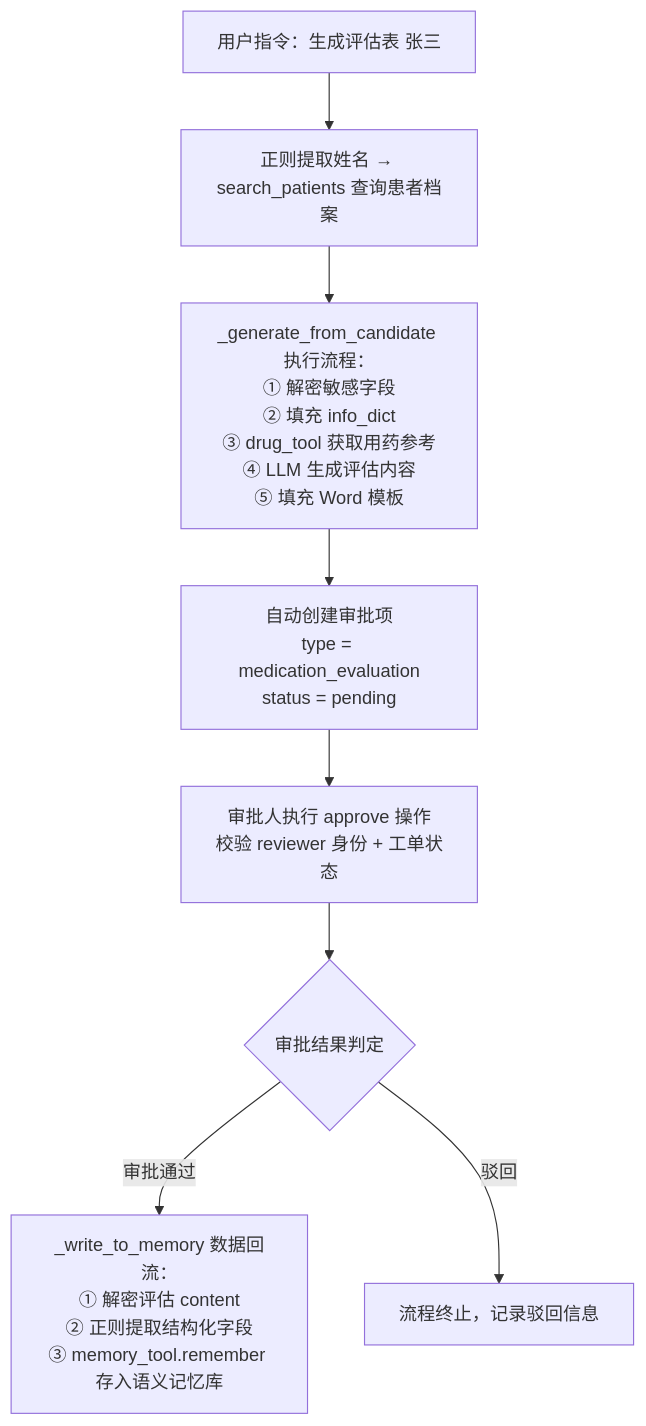
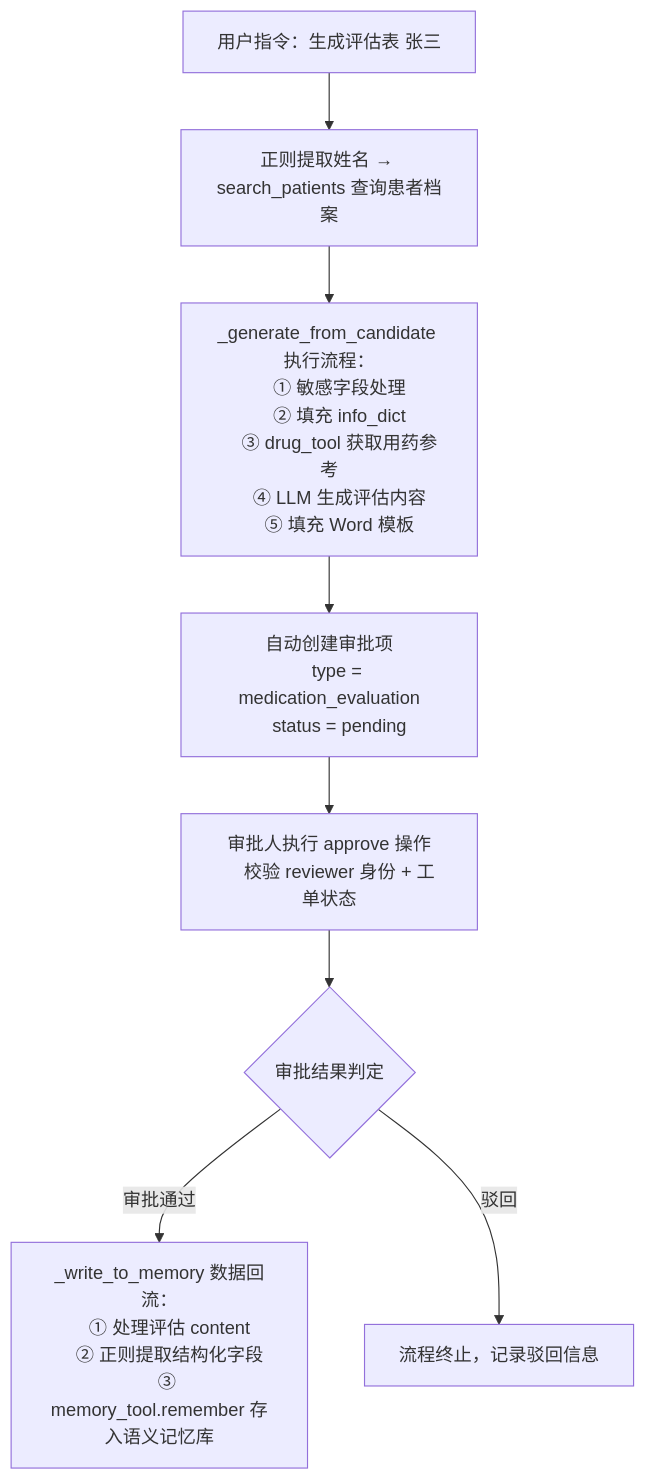
One commit to Dillon-Xue/med_agent_v1 changed the third of 5 diagrams in README.md. Above: the diagram before and after it, drawn with Mermaid. The commit also changed other lines of this file, not shown here.

````diff
--- a/README.md
+++ b/README.md
@@ -261,10 +310,21 @@
 ```mermaid
 flowchart TD
     A["用户指令：生成评估表 张三"] --> B["正则提取姓名 → search_patients 查询患者档案"]
-    B --> C["_generate_from_candidate 执行流程：<br>① 解密敏感字段<br>② 填充 info_dict<br>③ drug_tool 获取用药参考<br>④ LLM 生成评估内容<br>⑤ 填充 Word 模板"]
-    C --> D["自动创建审批项<br>type = medication_evaluation<br>status = pending"]
-    D --> E["审批人执行 approve 操作<br>校验 reviewer 身份 + 工单状态"]
+    B --> C["_generate_from_candidate 执行流程：
+    ① 敏感字段处理
+    ② 填充 info_dict
+    ③ drug_tool 获取用药参考
+    ④ LLM 生成评估内容
+    ⑤ 填充 Word 模板"]
+    C --> D["自动创建审批项
+    type = medication_evaluation
+    status = pending"]
+    D --> E["审批人执行 approve 操作
+    校验 reviewer 身份 + 工单状态"]
     E --> F{审批结果判定}
-    F -->|审批通过| G["_write_to_memory 数据回流：<br>① 解密评估 content<br>② 正则提取结构化字段<br>③ memory_tool.remember 存入语义记忆库"]
+    F -->|审批通过| G["_write_to_memory 数据回流：
+    ① 处理评估 content
+    ② 正则提取结构化字段
+    ③ memory_tool.remember 存入语义记忆库"]
     F -->|驳回| H["流程终止，记录驳回信息"]
-```    
+```
````
